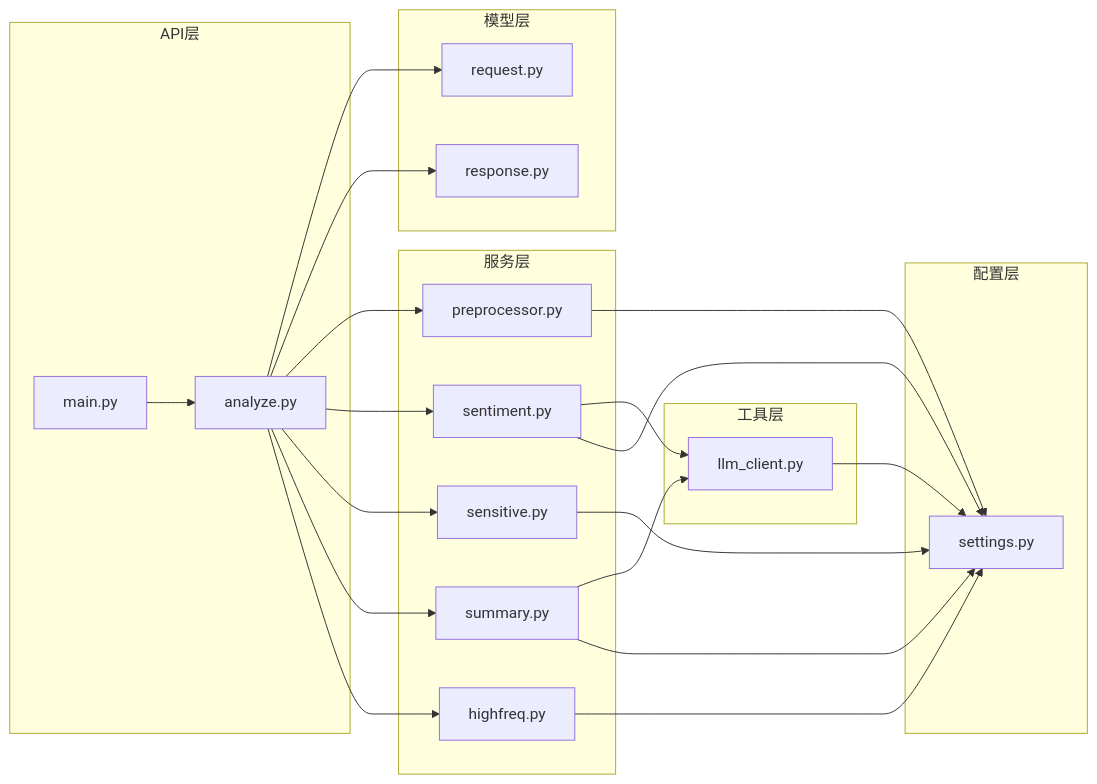
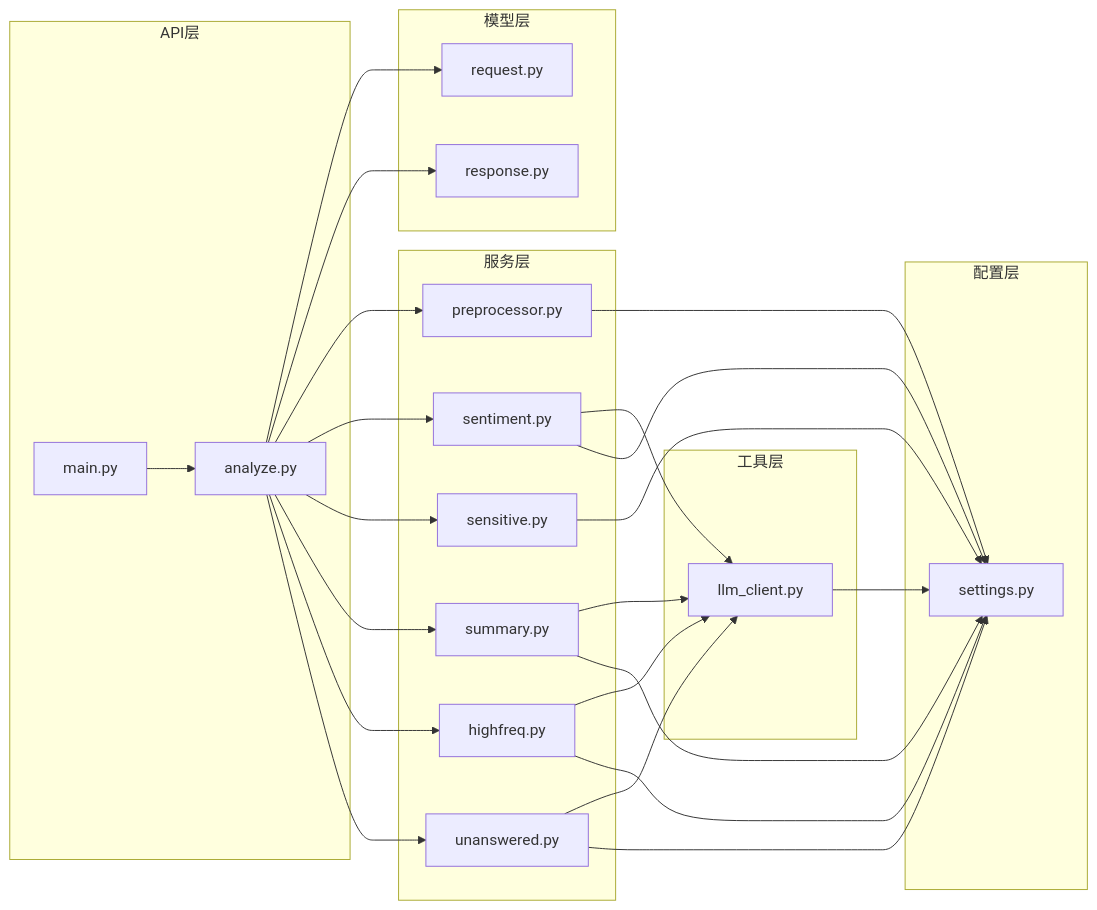
Before and after one commit to competition-W/wechat_analysis: the seventh of 10 diagrams in 系统架构图.md, drawn with Mermaid. The commit also changed other lines of this file and 28 other files, not shown here.

````diff
--- a/系统架构图.md
+++ b/系统架构图.md
@@ -357,47 +405,52 @@
 ```mermaid
 graph LR
     subgraph API层
         Main[main.py]
         Analyze[analyze.py]
     end
     
     subgraph 模型层
         Request[request.py]
         Response[response.py]
     end
     
     subgraph 服务层
         Preprocessor[preprocessor.py]
         Sentiment[sentiment.py]
         Sensitive[sensitive.py]
         Summary[summary.py]
         HighFreq[highfreq.py]
+        Unanswered[unanswered.py]
     end
     
     subgraph 工具层
         LLMClient[llm_client.py]
     end
     
     subgraph 配置层
         Settings[settings.py]
     end
     
     Main --> Analyze
     Analyze --> Request
     Analyze --> Response
     Analyze --> Preprocessor
     Analyze --> Sentiment
     Analyze --> Sensitive
     Analyze --> Summary
     Analyze --> HighFreq
+    Analyze --> Unanswered
     
     Preprocessor --> Settings
     Sentiment --> LLMClient
     Sentiment --> Settings
     Sensitive --> Settings
     Summary --> LLMClient
     Summary --> Settings
+    HighFreq --> LLMClient
     HighFreq --> Settings
+    Unanswered --> LLMClient
+    Unanswered --> Settings
     
     LLMClient --> Settings
 ```
````
